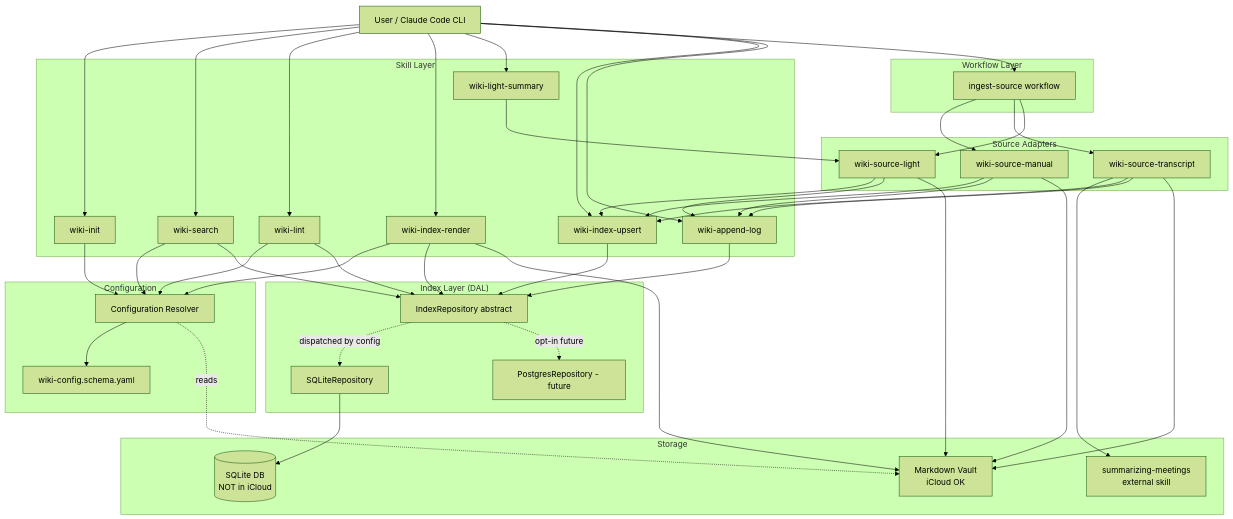
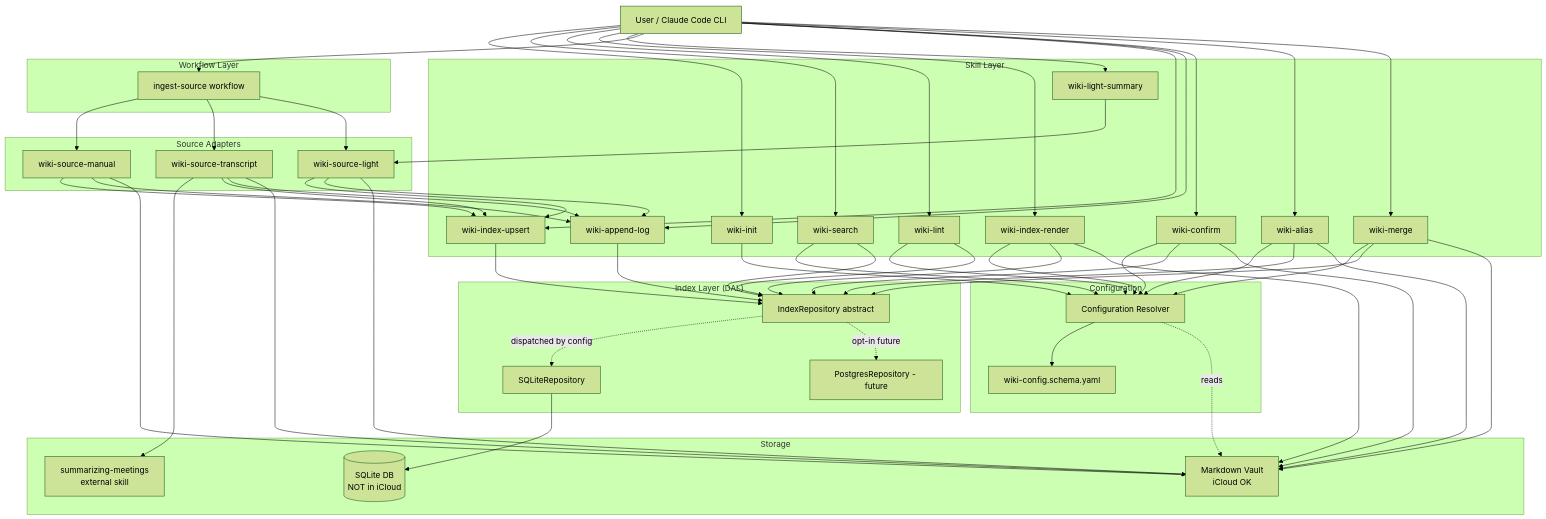
Before and after one commit to MatrixFounder/llm-wiki: the diagram in docs/architectures/functional-architecture.md, drawn with Mermaid (forest theme). The commit also changed other lines of this file and 26 other files, not shown here.

First line of the commit message:
docs(task-005): plan Epic 7 completion — entity resolver + alias table + wiki-merge

````diff
--- a/docs/architectures/functional-architecture.md
+++ b/docs/architectures/functional-architecture.md
@@ -264,72 +344,79 @@
 ```mermaid
 graph TB
     User[User / Claude Code CLI]
     
     subgraph "Skill Layer"
         SI[wiki-init]
         SS[wiki-search]
         SL[wiki-lint]
         SR[wiki-index-render]
         SLS[wiki-light-summary]
         SU[wiki-index-upsert]
         WAL[wiki-append-log]
+        EC[wiki-confirm]
+        EA[wiki-alias]
+        WM[wiki-merge]
     end
 
     subgraph "Workflow Layer"
         WIS[ingest-source workflow]
     end
 
     subgraph "Source Adapters"
         SAM[wiki-source-manual]
         SAT[wiki-source-transcript]
         SLT[wiki-source-light]
     end
 
     subgraph "Configuration"
         CR[Configuration Resolver]
         SCH[wiki-config.schema.yaml]
     end
 
     subgraph "Index Layer (DAL)"
         IR[IndexRepository abstract]
         SQR[SQLiteRepository]
         PGR[PostgresRepository - future]
     end
 
     subgraph "Storage"
         MD[Markdown Vault<br/>iCloud OK]
         SDB[(SQLite DB<br/>NOT in iCloud)]
         EXT[summarizing-meetings<br/>external skill]
     end
 
     User --> SI & SS & SL & SR & SLS & WIS
     User --> SU & WAL
+    User --> EC & EA & WM
+    EC & EA & WM --> CR
+    EC & EA & WM --> IR
+    EC & EA & WM --> MD
     
     SI --> CR
     SS --> CR
     SL --> CR
     SR --> CR
     
     WIS --> SAM & SAT & SLT
     SAT --> EXT
     SLS --> SLT
     
     SAM & SAT & SLT --> SU
     SAM & SAT & SLT --> WAL
     
     SU --> IR
     SS --> IR
     SL --> IR
     SR --> IR
     WAL --> IR
     
     IR -.->|dispatched by config| SQR
     IR -.->|opt-in future| PGR
     
     SQR --> SDB
     SAM & SAT & SLT --> MD
     SR --> MD
     
     CR --> SCH
     CR -.reads.-> MD
 ```
````
